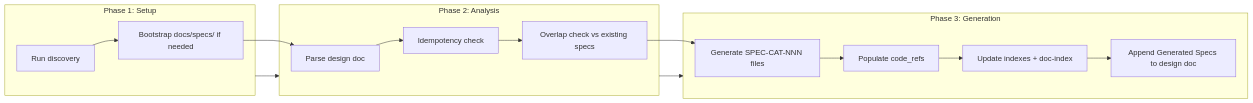
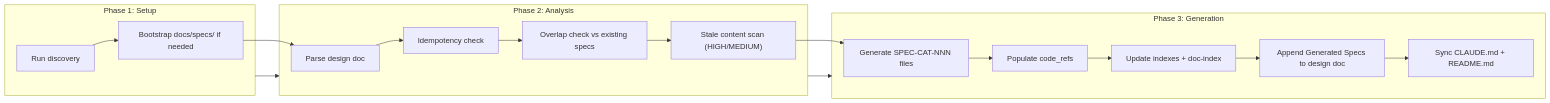
The sixth of 10 diagrams in docs/workflows/doc-superpowers.md (woodrowpearson/doc-superpowers), drawn with Mermaid before and after one commit. The commit also changed other lines of this file and 14 other files, not shown here.

````diff
--- a/docs/workflows/doc-superpowers.md
+++ b/docs/workflows/doc-superpowers.md
@@ -475,19 +481,21 @@
 ```mermaid
 flowchart LR
   subgraph S1["Phase 1: Setup"]
     A["Run discovery"] --> B["Bootstrap docs/specs/ if needed"]
   end
   subgraph S2["Phase 2: Analysis"]
     B --> C["Parse design doc"]
     C --> D["Idempotency check"]
     D --> E["Overlap check vs existing specs"]
+    E --> E2["Stale content scan (HIGH/MEDIUM)"]
   end
   subgraph S3["Phase 3: Generation"]
-    E --> F["Generate SPEC-CAT-NNN files"]
+    E2 --> F["Generate SPEC-CAT-NNN files"]
     F --> G["Populate code_refs"]
     G --> H["Update indexes + doc-index"]
     H --> I["Append Generated Specs to design doc"]
+    I --> I2["Sync CLAUDE.md + README.md"]
   end
   S1 --> S2
   S2 --> S3
 ```
````
